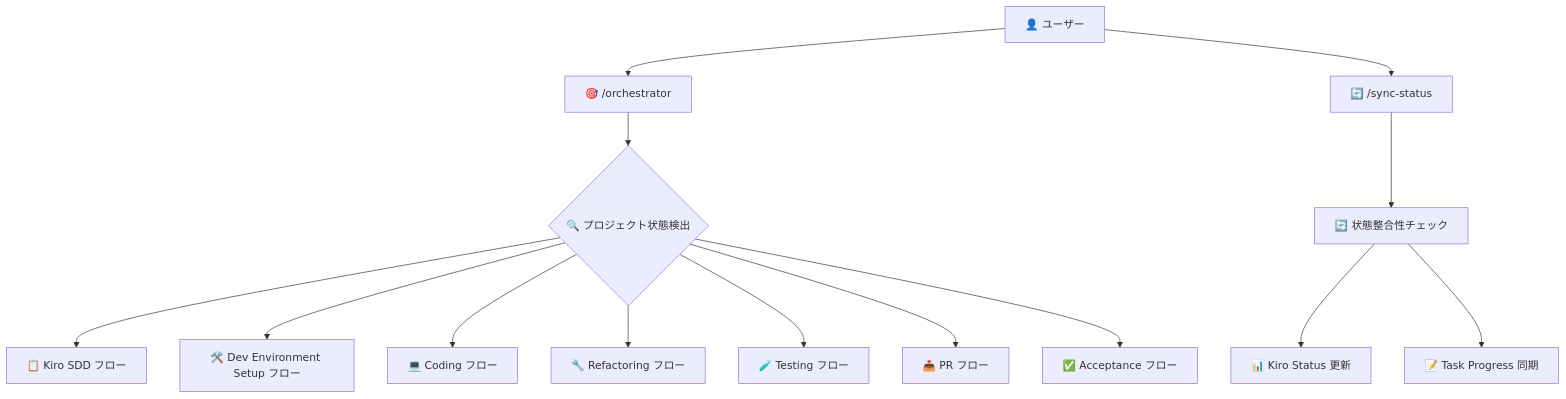
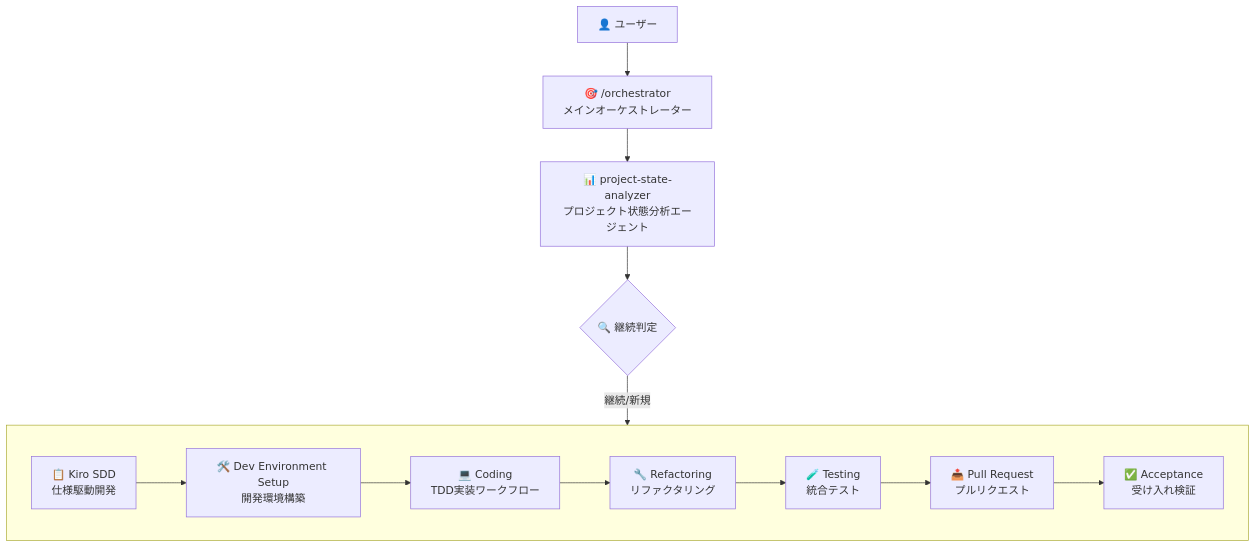
Before and after one commit to s-hiraoku/b2b-design-system: the first of 10 diagrams in docs/design/ARCHITECTURE.md, drawn with Mermaid. The commit also changed 4 other files, not shown here.

````diff
--- a/docs/design/ARCHITECTURE.md
+++ b/docs/design/ARCHITECTURE.md
@@ -21,21 +21,25 @@
 ```mermaid
 graph TD
-    User[👤 ユーザー] --> Orchestrator[🎯 /orchestrator]
-    User --> SyncStatus[🔄 /sync-status]
-
-    Orchestrator --> StateDetection{🔍 プロジェクト状態検出}
-
-    %% 各フェーズへの委任
-    StateDetection --> KiroFlow[📋 Kiro SDD フロー]
-    StateDetection --> DevEnvFlow[🛠️ Dev Environment Setup フロー]
-    StateDetection --> CodingFlow[💻 Coding フロー]
-    StateDetection --> RefactorFlow[🔧 Refactoring フロー]
-    StateDetection --> TestFlow[🧪 Testing フロー]
-    StateDetection --> PRFlow[📤 PR フロー]
-    StateDetection --> AcceptanceFlow[✅ Acceptance フロー]
-
-    %% 状態同期
-    SyncStatus --> StateSync[🔄 状態整合性チェック]
-    StateSync --> KiroStatus[📊 Kiro Status 更新]
-    StateSync --> TaskProgress[📝 Task Progress 同期]
+    User[👤 ユーザー] --> Orchestrator[🎯 /orchestrator<br/>メインオーケストレーター]
+    Orchestrator --> Analyzer[📊 project-state-analyzer<br/>プロジェクト状態分析エージェント]
+    Analyzer --> Decision{🔍 継続判定}
+    Decision --> |継続/新規| Workflows[ワークフロー選択・実行]
+    
+    subgraph Workflows[" "]
+        direction LR
+        KiroSDD[📋 Kiro SDD<br/>仕様駆動開発] 
+        DevEnv[🛠️ Dev Environment Setup<br/>開発環境構築]
+        Coding[💻 Coding<br/>TDD実装ワークフロー]
+        Refactoring[🔧 Refactoring<br/>リファクタリング]
+        Testing[🧪 Testing<br/>統合テスト]
+        PR[📤 Pull Request<br/>プルリクエスト]
+        Acceptance[✅ Acceptance<br/>受け入れ検証]
+        
+        KiroSDD --> DevEnv
+        DevEnv --> Coding
+        Coding --> Refactoring
+        Refactoring --> Testing
+        Testing --> PR
+        PR --> Acceptance
+    end
 ```
````
